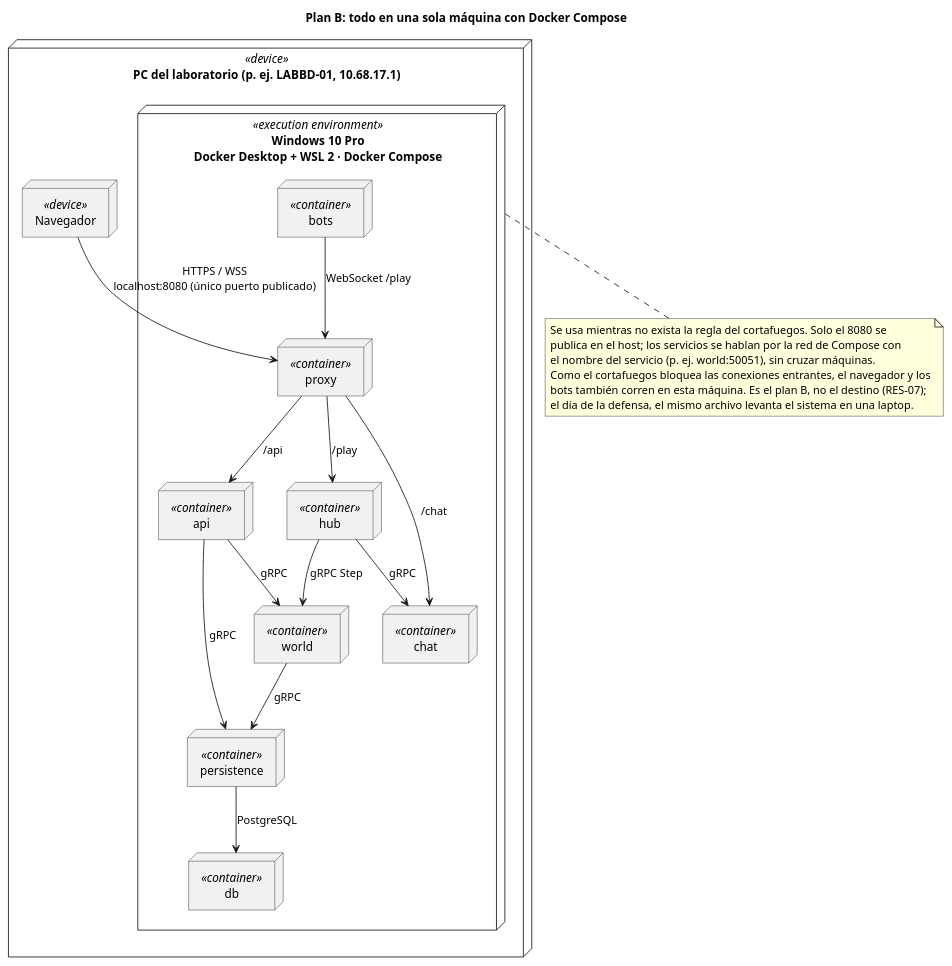
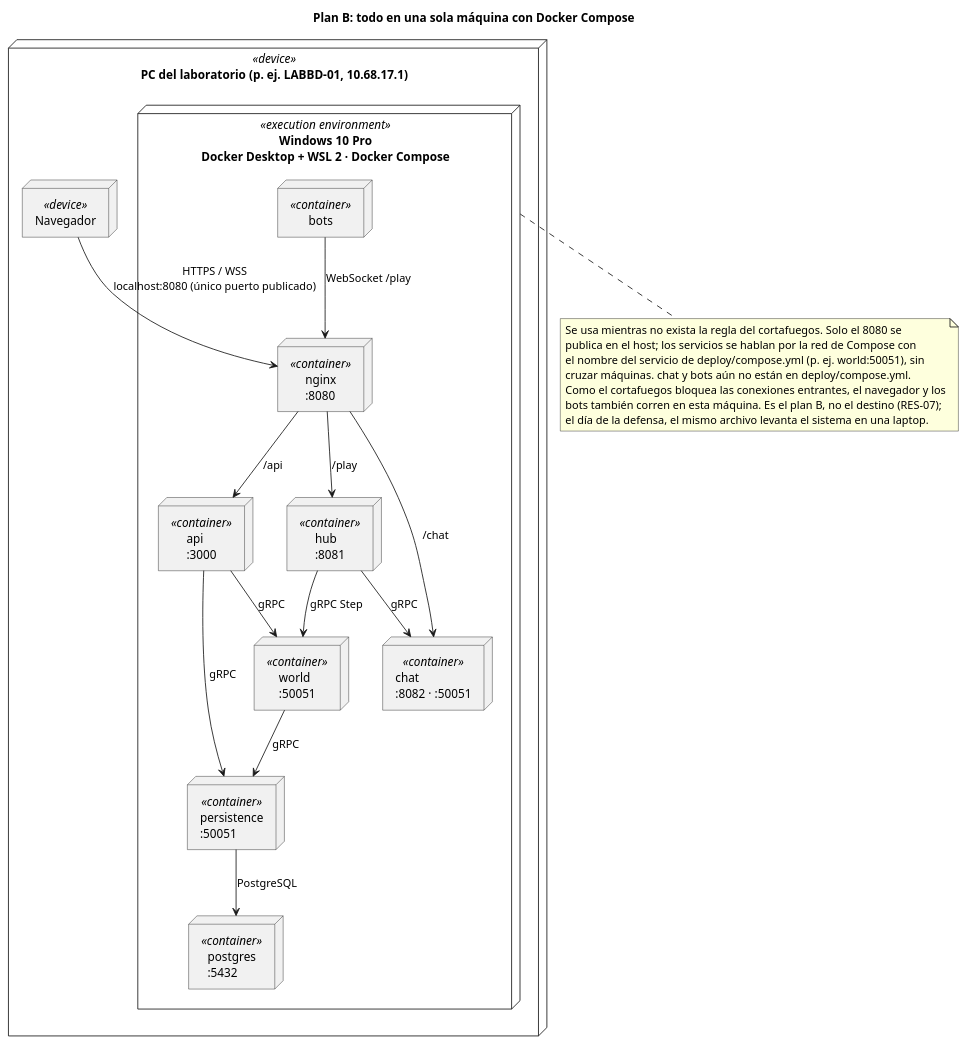
Before and after one commit to iadev2005/hydrovalley: the second of 2 diagrams in docs/diagrams/08-despliegue.puml, drawn with PlantUML. The commit also changed 14 other files, not shown here.

```diff
--- a/docs/diagrams/08-despliegue.puml
+++ b/docs/diagrams/08-despliegue.puml
@@ -104,42 +104,43 @@
 @startuml 08-despliegue-plan-b
 title Plan B: todo en una sola máquina con Docker Compose
 top to bottom direction
 skinparam nodesep 40
 skinparam ranksep 60
 
 node "PC del laboratorio (p. ej. LABBD-01, 10.68.17.1)" as Pc <<device>> {
   node "Navegador" as BrowserB <<device>>
   node "Windows 10 Pro\nDocker Desktop + WSL 2 · Docker Compose" as Env <<execution environment>> {
-    node "proxy" as ProxyB <<container>>
-    node "api" as ApiB <<container>>
-    node "hub" as HubB <<container>>
-    node "chat" as ChatB <<container>>
-    node "world" as WorldB <<container>>
-    node "persistence" as PersistenceB <<container>>
-    node "db" as DbB <<container>>
+    node "nginx\n:8080" as NginxB <<container>>
+    node "api\n:3000" as ApiB <<container>>
+    node "hub\n:8081" as HubB <<container>>
+    node "chat\n:8082 · :50051" as ChatB <<container>>
+    node "world\n:50051" as WorldB <<container>>
+    node "persistence\n:50051" as PersistenceB <<container>>
+    node "postgres\n:5432" as PostgresB <<container>>
     node "bots" as BotsB <<container>>
   }
 }
 
-BrowserB --> ProxyB : HTTPS / WSS\nlocalhost:8080 (único puerto publicado)
-BotsB --> ProxyB : WebSocket /play
-ProxyB --> ApiB : /api
-ProxyB --> HubB : /play
-ProxyB --> ChatB : /chat
+BrowserB --> NginxB : HTTPS / WSS\nlocalhost:8080 (único puerto publicado)
+BotsB --> NginxB : WebSocket /play
+NginxB --> ApiB : /api
+NginxB --> HubB : /play
+NginxB --> ChatB : /chat
 HubB --> WorldB : gRPC Step
 HubB --> ChatB : gRPC
 ApiB --> WorldB : gRPC
 ApiB --> PersistenceB : gRPC
 WorldB --> PersistenceB : gRPC
-PersistenceB --> DbB : PostgreSQL
+PersistenceB --> PostgresB : PostgreSQL
 
 note bottom of Env
   Se usa mientras no exista la regla del cortafuegos. Solo el 8080 se
   publica en el host; los servicios se hablan por la red de Compose con
-  el nombre del servicio (p. ej. world:50051), sin cruzar máquinas.
+  el nombre del servicio de deploy/compose.yml (p. ej. world:50051), sin
+  cruzar máquinas. chat y bots aún no están en deploy/compose.yml.
   Como el cortafuegos bloquea las conexiones entrantes, el navegador y los
   bots también corren en esta máquina. Es el plan B, no el destino (RES-07);
   el día de la defensa, el mismo archivo levanta el sistema en una laptop.
 end note
 
 @enduml
```
